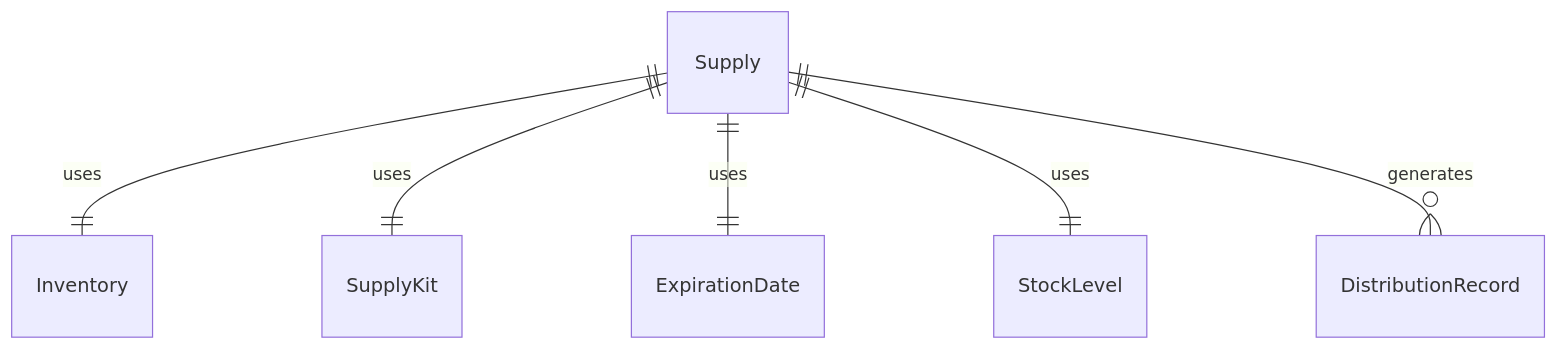
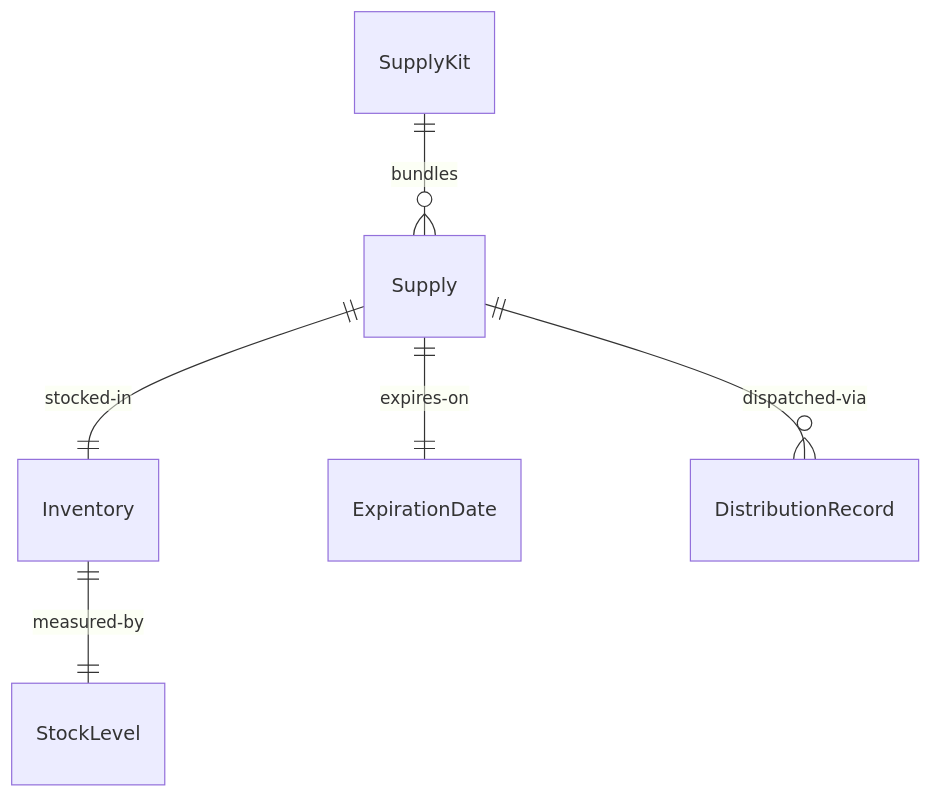
One commit to dot-org-ai/tasks.org.ai changed the first of 4 diagrams in HandlingAndMovingObjects/PrepareMedicalEquipmentOrWorkAreasForUse/PrepareMedicalSuppliesEquipmentUse.mdx. Above: the diagram before and after it, drawn with Mermaid. The commit also changed other lines of this file and 515 other files, not shown here.

````diff
--- a/HandlingAndMovingObjects/PrepareMedicalEquipmentOrWorkAreasForUse/PrepareMedicalSuppliesEquipmentUse.mdx
+++ b/HandlingAndMovingObjects/PrepareMedicalEquipmentOrWorkAreasForUse/PrepareMedicalSuppliesEquipmentUse.mdx
@@ -88,8 +88,8 @@
 ```mermaid
 erDiagram
-    Supply ||--|| Inventory : "uses"
-    Supply ||--|| SupplyKit : "uses"
-    Supply ||--|| ExpirationDate : "uses"
-    Supply ||--|| StockLevel : "uses"
-    Supply ||--o{ DistributionRecord : "generates"
+    Supply ||--|| Inventory : "stocked-in"
+    Inventory ||--|| StockLevel : "measured-by"
+    Supply ||--|| ExpirationDate : "expires-on"
+    SupplyKit ||--o{ Supply : "bundles"
+    Supply ||--o{ DistributionRecord : "dispatched-via"
 ```
````
